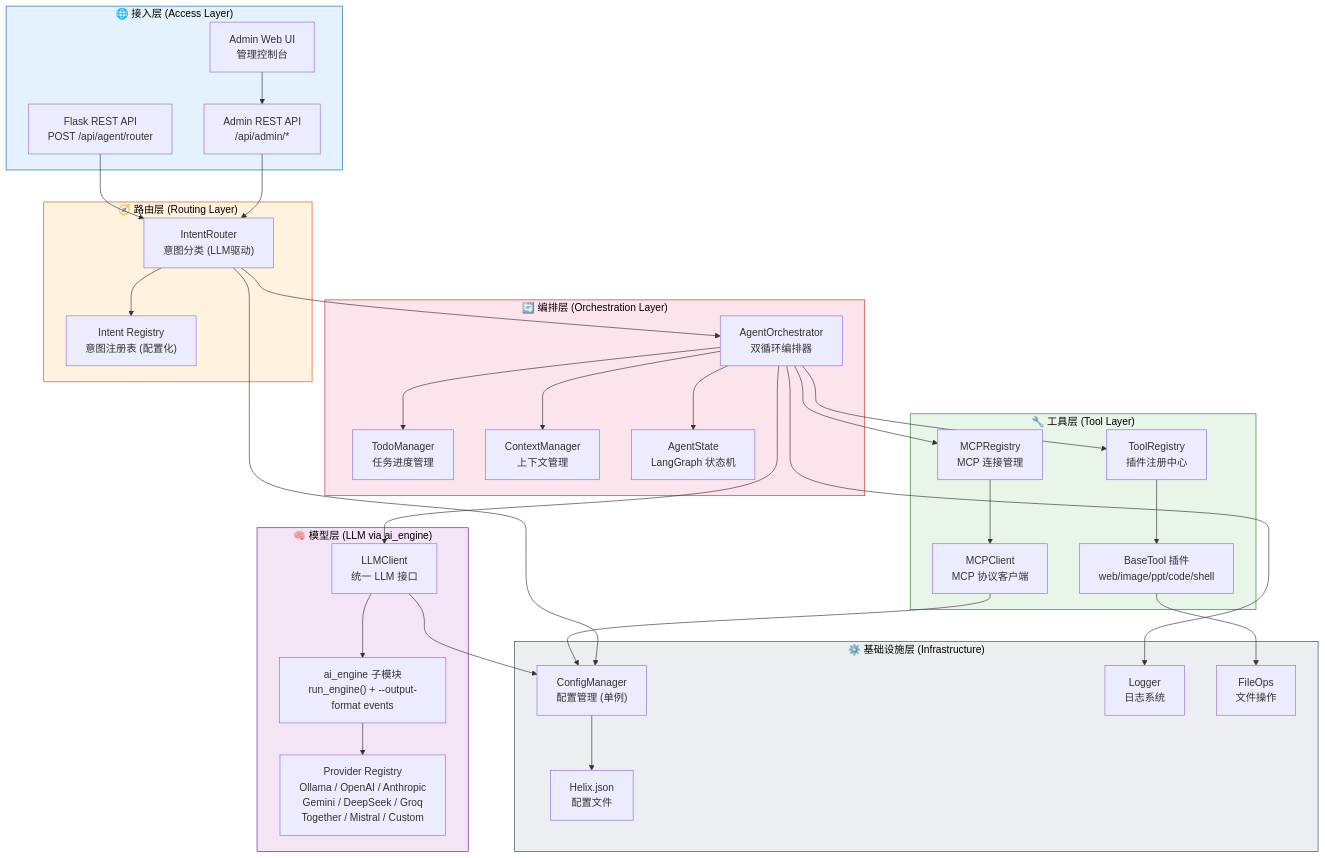
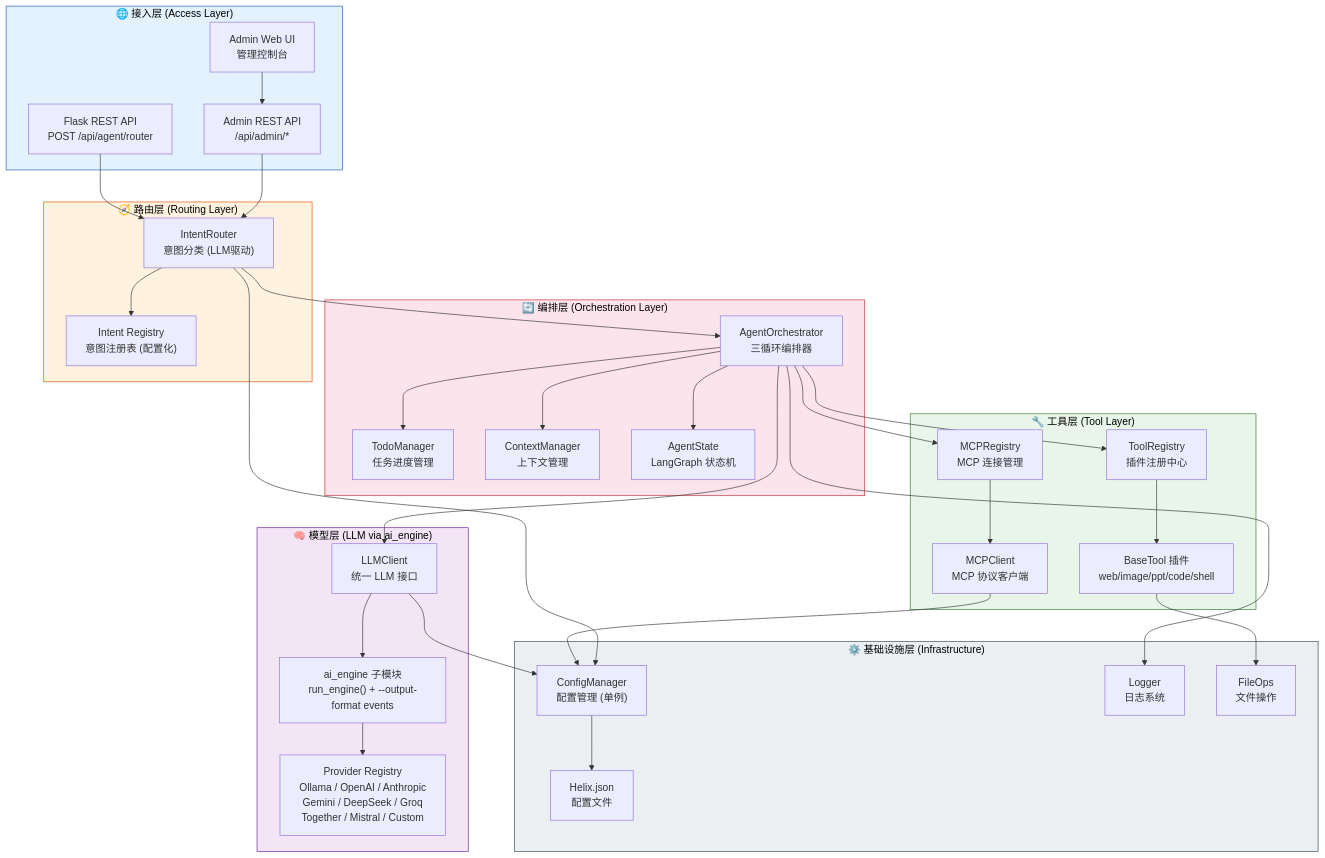
The first of 12 diagrams in doc/design.md (jimmylang74/Helix), drawn with Mermaid before and after one commit. The commit also changed other lines of this file and 1 other file, not shown here.

````diff
--- a/doc/design.md
+++ b/doc/design.md
@@ -45,69 +45,69 @@
 ```mermaid
 graph TB
     subgraph L1["🌐 接入层 (Access Layer)"]
         A1["Flask REST API<br/>POST /api/agent/router"]
         A2["Admin Web UI<br/>管理控制台"]
         A3["Admin REST API<br/>/api/admin/*"]
     end
 
     subgraph L2["🧭 路由层 (Routing Layer)"]
         B1["IntentRouter<br/>意图分类 (LLM驱动)"]
         B2["Intent Registry<br/>意图注册表 (配置化)"]
     end
 
     subgraph L3["🔄 编排层 (Orchestration Layer)"]
-        C1["AgentOrchestrator<br/>双循环编排器"]
+        C1["AgentOrchestrator<br/>三循环编排器"]
         C2["TodoManager<br/>任务进度管理"]
         C3["ContextManager<br/>上下文管理"]
         C4["AgentState<br/>LangGraph 状态机"]
     end
 
     subgraph L4["🔧 工具层 (Tool Layer)"]
         D1["ToolRegistry<br/>插件注册中心"]
         D2["BaseTool 插件<br/>web/image/ppt/code/shell"]
         D3["MCPRegistry<br/>MCP 连接管理"]
         D4["MCPClient<br/>MCP 协议客户端"]
     end
 
     subgraph L5["🧠 模型层 (LLM via ai_engine)"]
         E1["LLMClient<br/>统一 LLM 接口"]
         E2["ai_engine 子模块<br/>run_engine() + --output-format events"]
         E3["Provider Registry<br/>Ollama / OpenAI / Anthropic<br/>Gemini / DeepSeek / Groq<br/>Together / Mistral / Custom"]
     end
 
     subgraph L6["⚙️ 基础设施层 (Infrastructure)"]
         F1["ConfigManager<br/>配置管理 (单例)"]
         F2["Logger<br/>日志系统"]
         F3["FileOps<br/>文件操作"]
         F4["Helix.json<br/>配置文件"]
     end
 
     A1 --> B1
     A2 --> A3
     A3 --> B1
     B1 --> B2
     B1 --> C1
     C1 --> C2
     C1 --> C3
     C1 --> C4
     C1 --> D1
     C1 --> D3
     D1 --> D2
     D3 --> D4
     C1 --> E1
     E1 --> E2
     E2 --> E3
     D2 --> F3
     D4 --> F1
     E1 --> F1
     B1 --> F1
     C1 --> F2
     F1 --> F4
 
     style L1 fill:#e3f2fd,stroke:#1565c0,color:#000
     style L2 fill:#fff3e0,stroke:#e65100,color:#000
     style L3 fill:#fce4ec,stroke:#c62828,color:#000
     style L4 fill:#e8f5e9,stroke:#2e7d32,color:#000
     style L5 fill:#f3e5f5,stroke:#6a1b9a,color:#000
     style L6 fill:#eceff1,stroke:#37474f,color:#000
 ```
````
